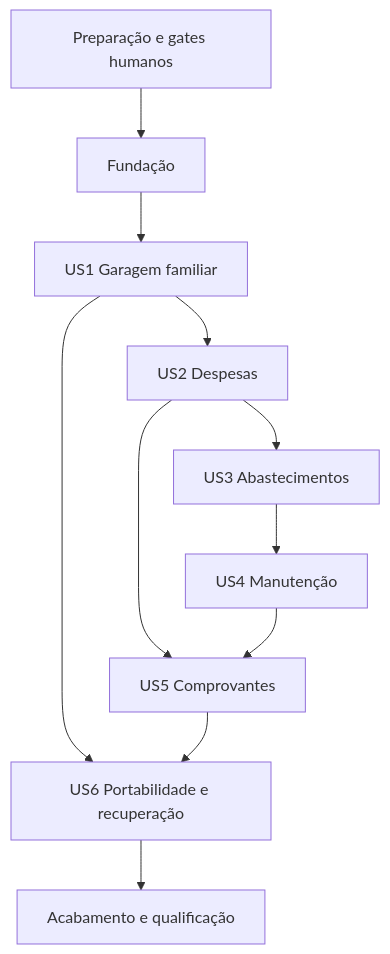
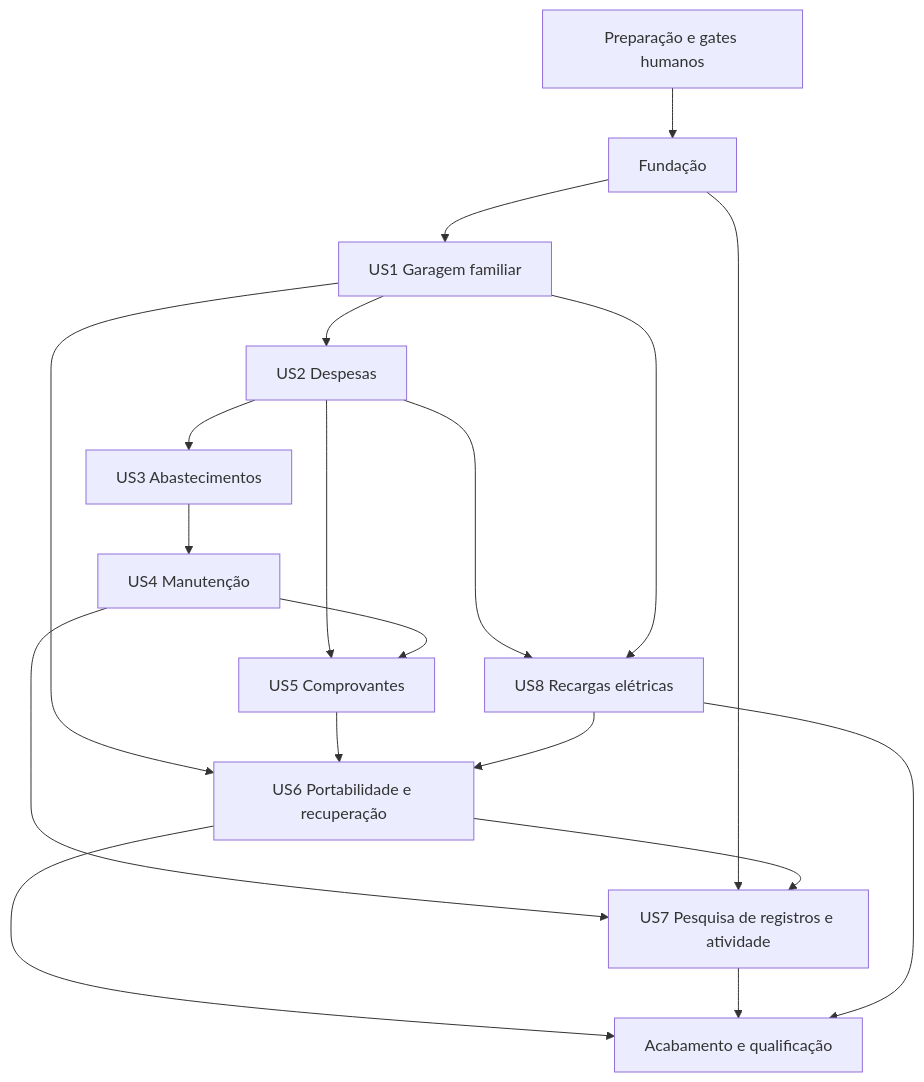
One commit to altivy-it/garagemotor changed the diagram in specs/001-garagem-pessoal/tasks.md. Above: the diagram before and after it, drawn with Mermaid. The commit also changed other lines of this file and 145 other files, not shown here.

````diff
--- a/specs/001-garagem-pessoal/tasks.md
+++ b/specs/001-garagem-pessoal/tasks.md
@@ -204,13 +258,21 @@
 ```mermaid
 flowchart TD
   Prep[Preparação e gates humanos] --> Foundation[Fundação]
   Foundation --> US1[US1 Garagem familiar]
   US1 --> US2[US2 Despesas]
   US2 --> US3[US3 Abastecimentos]
+  US2 --> US8[US8 Recargas elétricas]
+  US1 --> US8
   US3 --> US4[US4 Manutenção]
   US2 --> US5[US5 Comprovantes]
   US4 --> US5
   US1 --> US6[US6 Portabilidade e recuperação]
   US5 --> US6
+  US8 --> US6
+  US4 --> US7[US7 Pesquisa de registros e atividade]
+  Foundation --> US7
+  US6 --> US7
   US6 --> Quality[Acabamento e qualificação]
+  US7 --> Quality
+  US8 --> Quality
 ```
````
